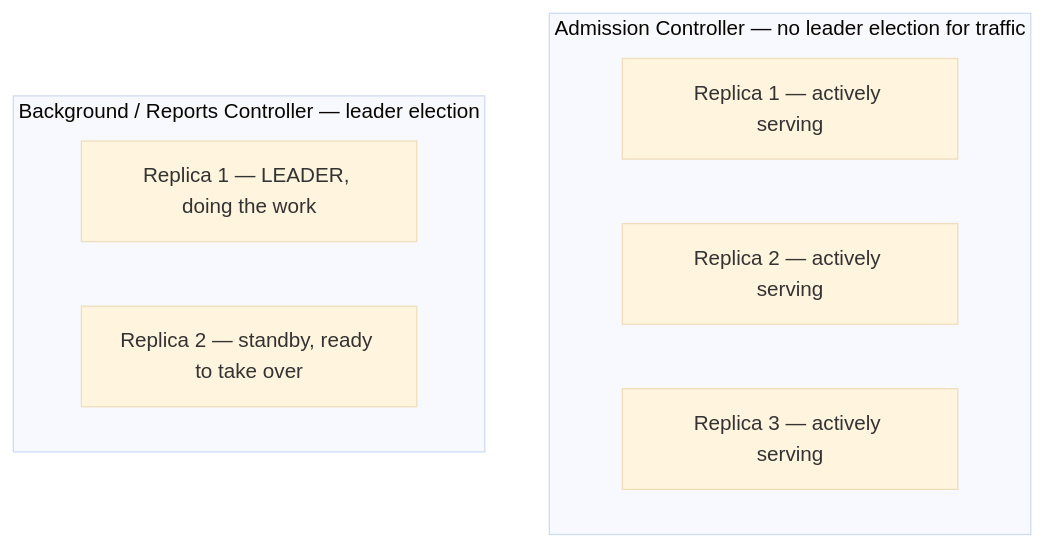
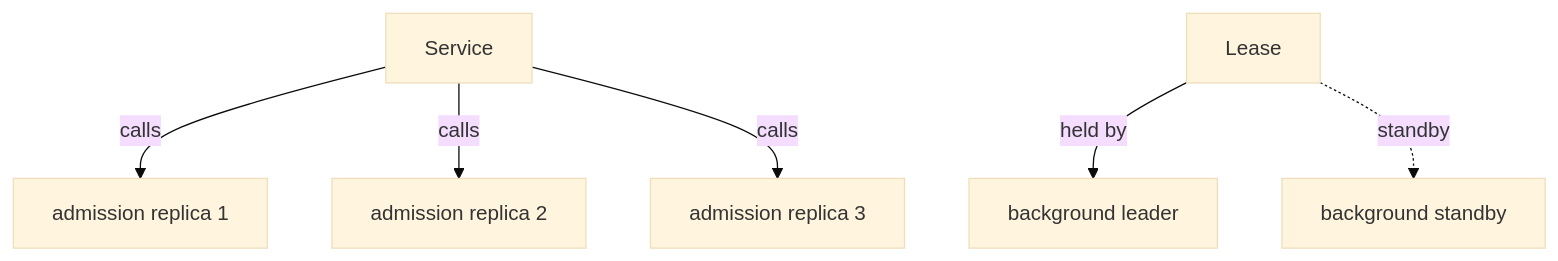
The diagram in sections/section-050/module-01/course.md (astrona-io/ATS008), drawn with Mermaid (base theme) before and after one commit. The commit also changed other lines of this file and 258 other files, not shown here.

````diff
--- a/sections/section-050/module-01/course.md
+++ b/sections/section-050/module-01/course.md
@@ -7,12 +7,8 @@
 ```mermaid
 flowchart TB
-    subgraph Admission["Admission Controller — no leader election for traffic"]
-        A1["Replica 1 — actively serving"]
-        A2["Replica 2 — actively serving"]
-        A3["Replica 3 — actively serving"]
-    end
-    subgraph Background["Background / Reports Controller — leader election"]
-        B1["Replica 1 — LEADER, doing the work"]
-        B2["Replica 2 — standby, ready to take over"]
-    end
+  S["Service"] -->|"calls"| A1["admission replica 1"]
+  S -->|"calls"| A2["admission replica 2"]
+  S -->|"calls"| A3["admission replica 3"]
+  L["Lease"] -->|"held by"| B1["background leader"]
+  L -.->|"standby"| B2["background standby"]
 ```
````
